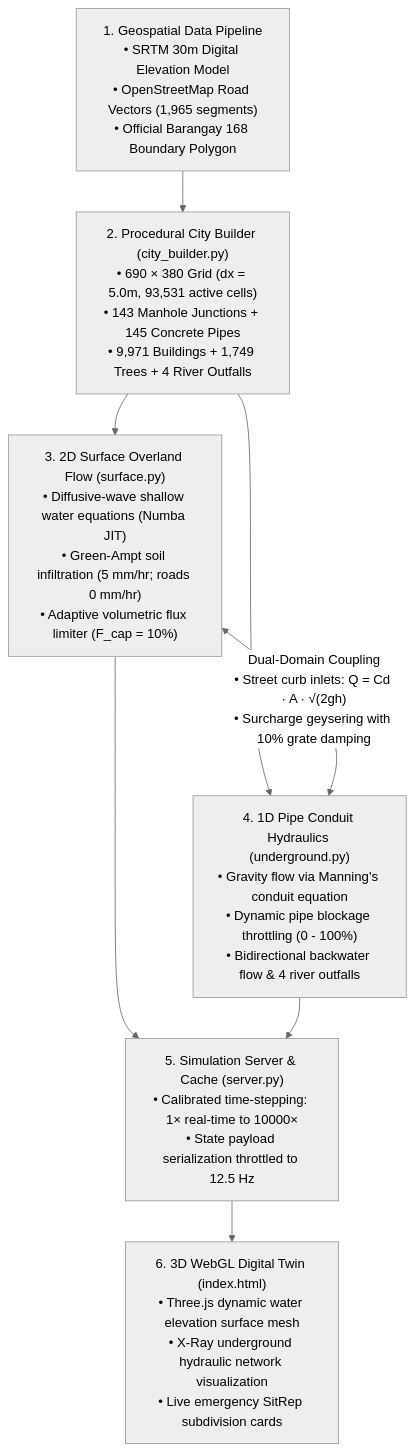
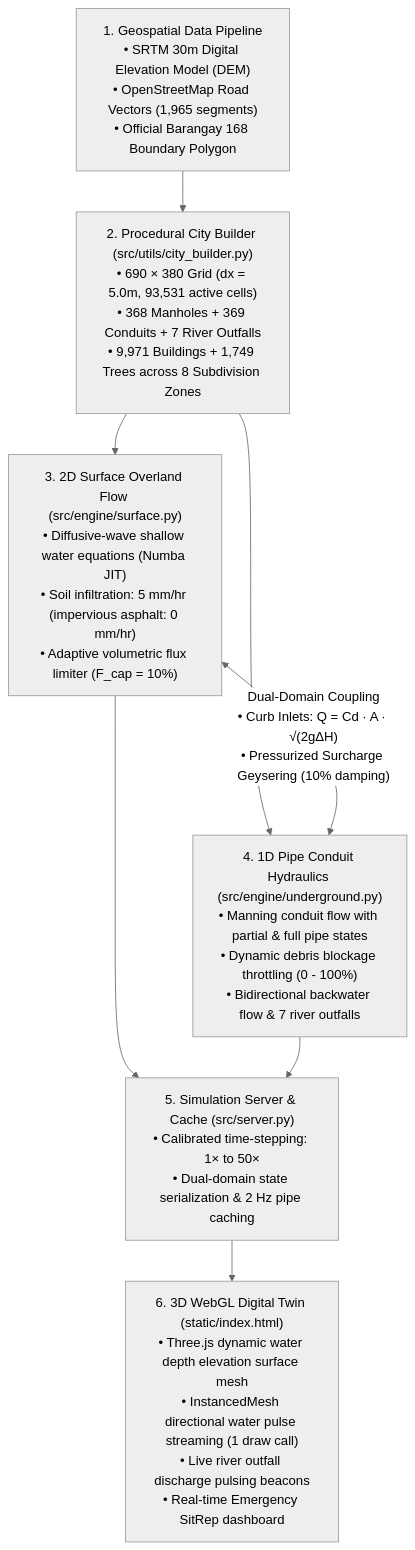
Before and after one commit to Lray143/Flood-Control: the diagram in README.md, drawn with Mermaid (neutral theme). The commit also changed other lines of this file and 3 other files, not shown here.

````diff
--- a/README.md
+++ b/README.md
@@ -40,15 +43,35 @@
 ```mermaid
 graph TD
-    A["1. Geospatial Data Pipeline\n• SRTM 30m Digital Elevation Model\n• OpenStreetMap Road Vectors (1,965 segments)\n• Official Barangay 168 Boundary Polygon"] --> B["2. Procedural City Builder (city_builder.py)\n• 690 × 380 Grid (dx = 5.0m, 93,531 active cells)\n• 143 Manhole Junctions + 145 Concrete Pipes\n• 9,971 Buildings + 1,749 Trees + 4 River Outfalls"]
+    A["1. Geospatial Data Pipeline
+• SRTM 30m Digital Elevation Model (DEM)
+• OpenStreetMap Road Vectors (1,965 segments)
+• Official Barangay 168 Boundary Polygon"] --> B["2. Procedural City Builder (src/utils/city_builder.py)
+• 690 × 380 Grid (dx = 5.0m, 93,531 active cells)
+• 368 Manholes + 369 Conduits + 7 River Outfalls
+• 9,971 Buildings + 1,749 Trees across 8 Subdivision Zones"]
     
-    B --> C["3. 2D Surface Overland Flow (surface.py)\n• Diffusive-wave shallow water equations (Numba JIT)\n• Green-Ampt soil infiltration (5 mm/hr; roads 0 mm/hr)\n• Adaptive volumetric flux limiter (F_cap = 10%)"]
+    B --> C["3. 2D Surface Overland Flow (src/engine/surface.py)
+• Diffusive-wave shallow water equations (Numba JIT)
+• Soil infiltration: 5 mm/hr (impervious asphalt: 0 mm/hr)
+• Adaptive volumetric flux limiter (F_cap = 10%)"]
     
-    B --> D["4. 1D Pipe Conduit Hydraulics (underground.py)\n• Gravity flow via Manning's conduit equation\n• Dynamic pipe blockage throttling (0 - 100%)\n• Bidirectional backwater flow & 4 river outfalls"]
+    B --> D["4. 1D Pipe Conduit Hydraulics (src/engine/underground.py)
+• Manning conduit flow with partial & full pipe states
+• Dynamic debris blockage throttling (0 - 100%)
+• Bidirectional backwater flow & 7 river outfalls"]
     
-    C <-->|"Dual-Domain Coupling\n• Street curb inlets: Q = Cd · A · √(2gh)\n• Surcharge geysering with 10% grate damping"| D
+    C <-->|"Dual-Domain Coupling
+• Curb Inlets: Q = Cd · A · √(2gΔH)
+• Pressurized Surcharge Geysering (10% damping)"| D
     
-    C --> E["5. Simulation Server & Cache (server.py)\n• Calibrated time-stepping: 1× real-time to 10000×\n• State payload serialization throttled to 12.5 Hz"]
+    C --> E["5. Simulation Server & Cache (src/server.py)
+• Calibrated time-stepping: 1× to 50×
+• Dual-domain state serialization & 2 Hz pipe caching"]
     D --> E
     
-    E --> F["6. 3D WebGL Digital Twin (index.html)\n• Three.js dynamic water elevation surface mesh\n• X-Ray underground hydraulic network visualization\n• Live emergency SitRep subdivision cards"]
+    E --> F["6. 3D WebGL Digital Twin (static/index.html)
+• Three.js dynamic water depth elevation surface mesh
+• InstancedMesh directional water pulse streaming (1 draw call)
+• Live river outfall discharge pulsing beacons
+• Real-time Emergency SitRep dashboard"]
 ```
````
